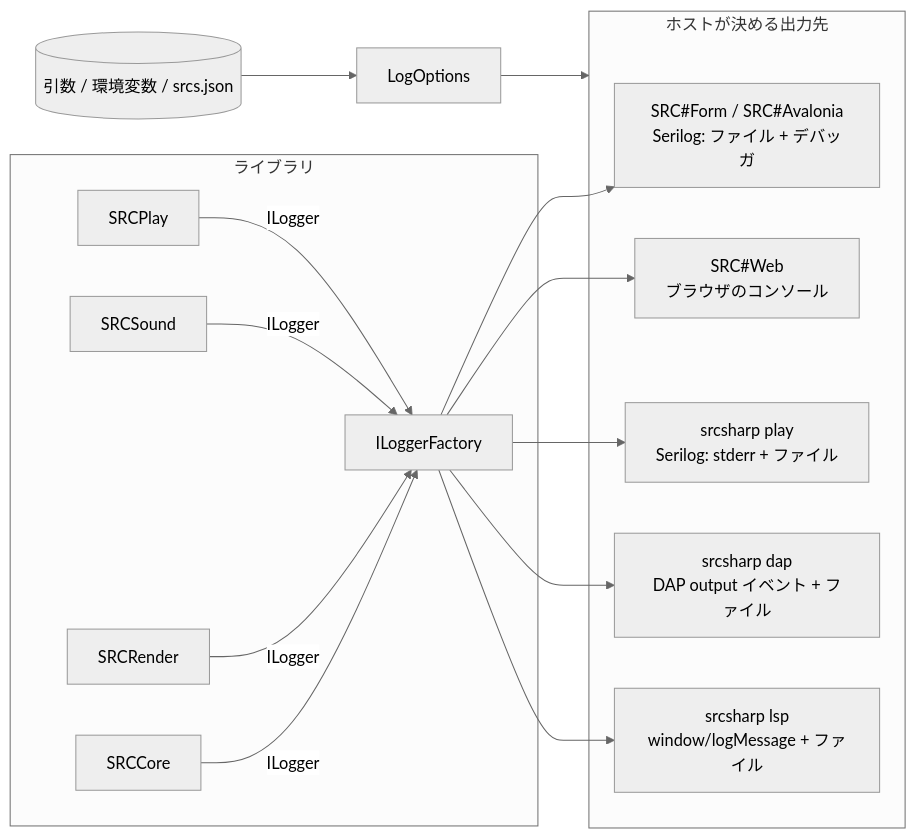
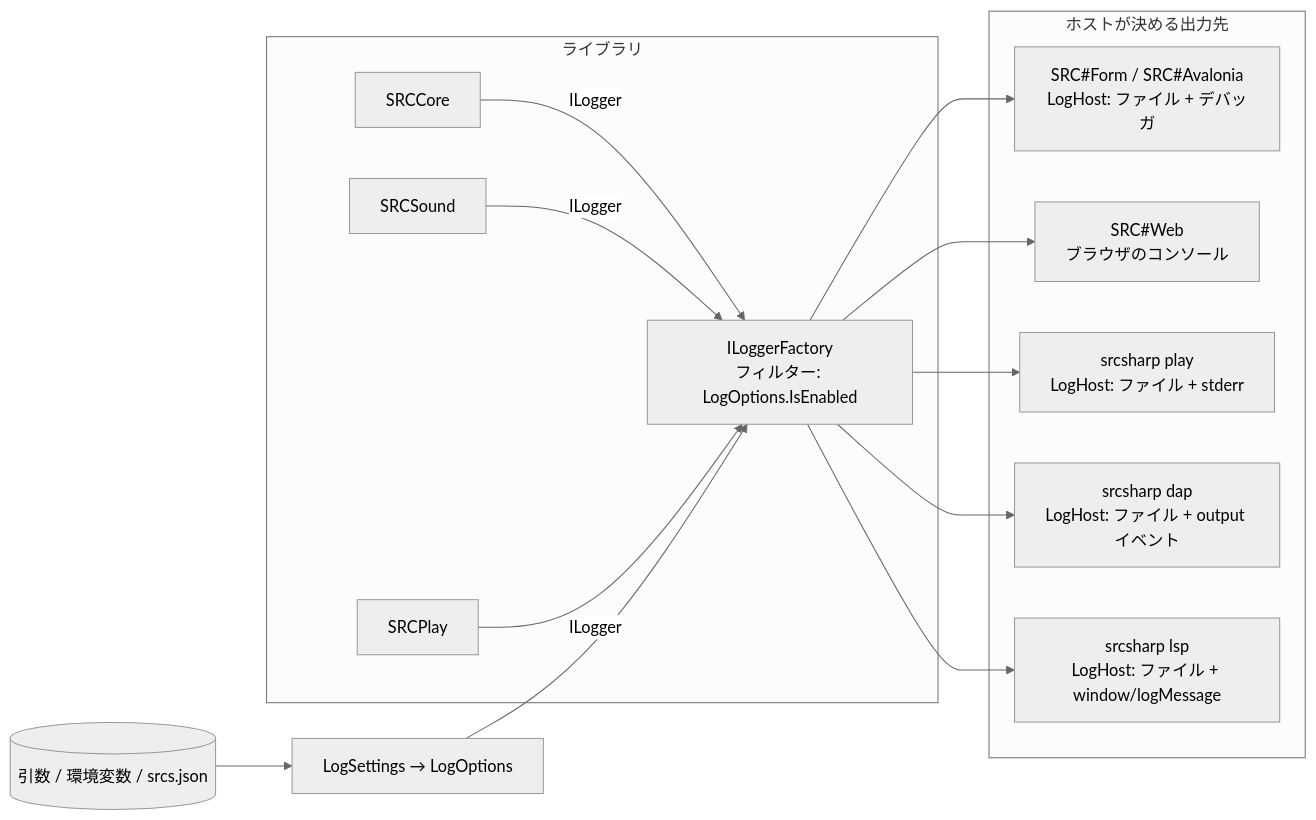
Before and after one commit to 7474/SRC: the diagram in docs/logging.md, drawn with Mermaid (neutral theme). The commit also changed other lines of this file and 7 other files, not shown here.

````diff
--- a/docs/logging.md
+++ b/docs/logging.md
@@ -43,19 +32,18 @@
 ```mermaid
 flowchart LR
   subgraph Core[ライブラリ]
     SRCCore -->|ILogger| F
-    SRCRender -->|ILogger| F
     SRCSound -->|ILogger| F
     SRCPlay -->|ILogger| F
   end
-  F[ILoggerFactory]
+  F[ILoggerFactory<br/>フィルター: LogOptions.IsEnabled]
   subgraph Hosts[ホストが決める出力先]
-    F --> D[SRC#Form / SRC#Avalonia<br/>Serilog: ファイル + デバッガ]
+    F --> D[SRC#Form / SRC#Avalonia<br/>LogHost: ファイル + デバッガ]
     F --> W[SRC#Web<br/>ブラウザのコンソール]
-    F --> P[srcsharp play<br/>Serilog: stderr + ファイル]
-    F --> G[srcsharp dap<br/>DAP output イベント + ファイル]
-    F --> L[srcsharp lsp<br/>window/logMessage + ファイル]
+    F --> P[srcsharp play<br/>LogHost: ファイル + stderr]
+    F --> G[srcsharp dap<br/>LogHost: ファイル + output イベント]
+    F --> L[srcsharp lsp<br/>LogHost: ファイル + window/logMessage]
   end
-  S[(引数 / 環境変数 / srcs.json)] --> O[LogOptions]
-  O --> Hosts
+  S[(引数 / 環境変数 / srcs.json)] --> O[LogSettings → LogOptions]
+  O --> F
 ```
````
